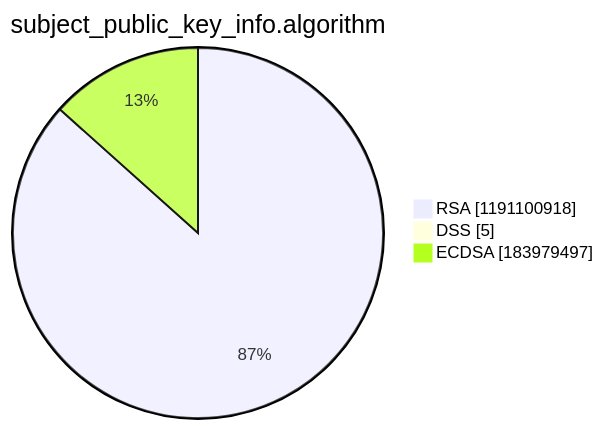
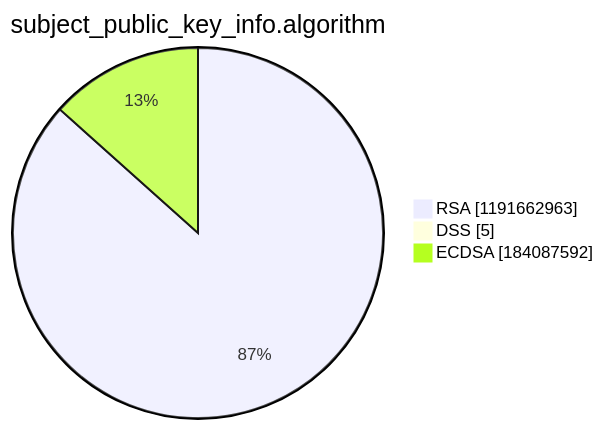
Before and after one commit to christiankrug/ctmonitor_visualization: the third of 15 diagrams in argon2022/README.md, drawn with Mermaid. The commit also changed other lines of this file, not shown here.

````diff
--- a/argon2022/README.md
+++ b/argon2022/README.md
@@ -14,7 +14,7 @@
 ```mermaid
 pie showData
 title subject_public_key_info.algorithm
-"RSA" :1191100918
+"RSA" :1191662963
 "DSS" :5
-"ECDSA" :183979497
+"ECDSA" :184087592
 ```
````
